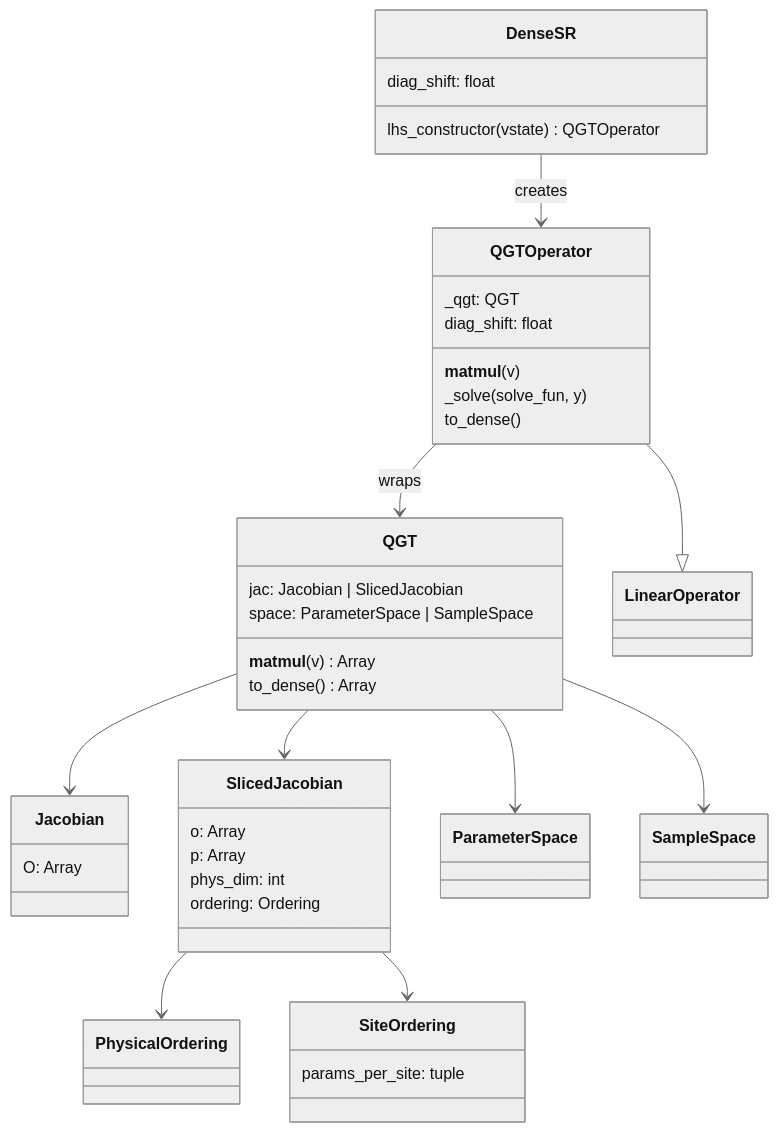
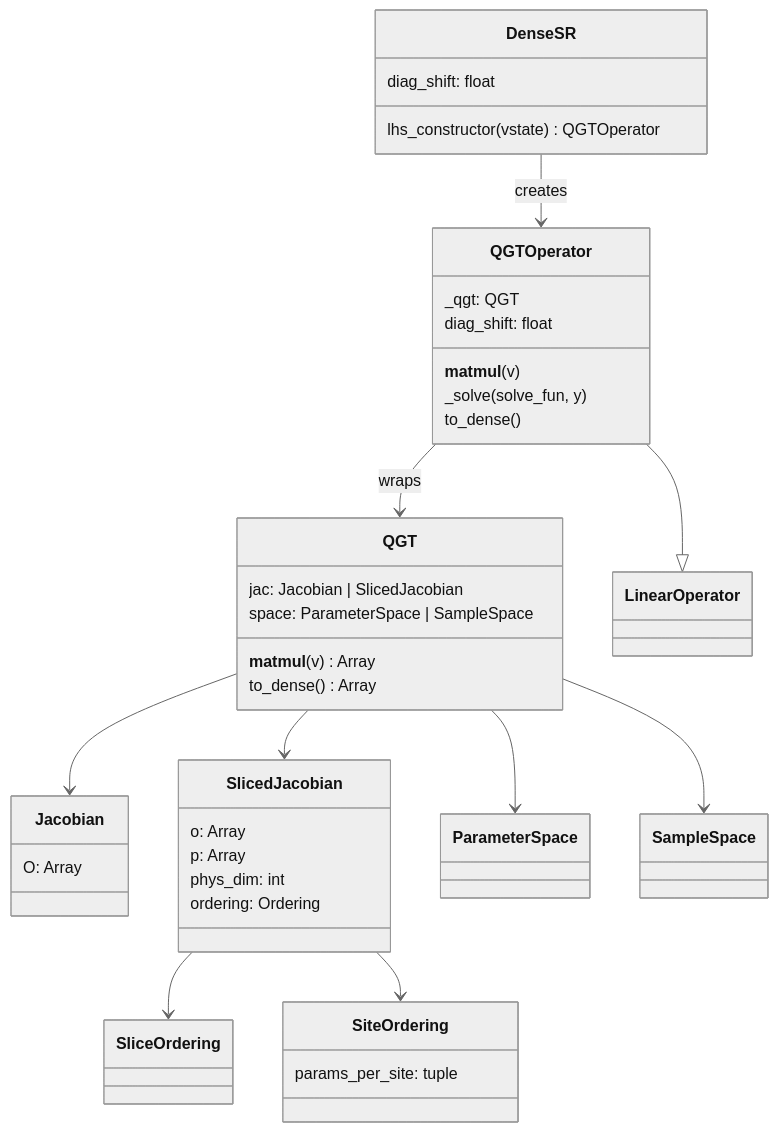
The first of 4 diagrams in DESIGN.md (fliingelephant/VMC), drawn with Mermaid (neutral theme) before and after one commit. The commit also changed other lines of this file and 20 other files, not shown here.

````diff
--- a/DESIGN.md
+++ b/DESIGN.md
@@ -62,48 +62,48 @@
 ```mermaid
 classDiagram
     class Jacobian {
         O: Array
     }
     class SlicedJacobian {
         o: Array
         p: Array
         phys_dim: int
         ordering: Ordering
     }
-    class PhysicalOrdering
+    class SliceOrdering
     class SiteOrdering {
         params_per_site: tuple
     }
 
     class ParameterSpace
     class SampleSpace
 
     class QGT {
         jac: Jacobian | SlicedJacobian
         space: ParameterSpace | SampleSpace
         __matmul__(v) Array
         to_dense() Array
     }
 
     class QGTOperator {
         _qgt: QGT
         diag_shift: float
         __matmul__(v)
         _solve(solve_fun, y)
         to_dense()
     }
     class DenseSR {
         diag_shift: float
         lhs_constructor(vstate) QGTOperator
     }
 
-    SlicedJacobian --> PhysicalOrdering
+    SlicedJacobian --> SliceOrdering
     SlicedJacobian --> SiteOrdering
     QGT --> Jacobian
     QGT --> SlicedJacobian
     QGT --> ParameterSpace
     QGT --> SampleSpace
     QGTOperator --> QGT : wraps
     DenseSR --> QGTOperator : creates
     QGTOperator --|> LinearOperator
 ```
````
